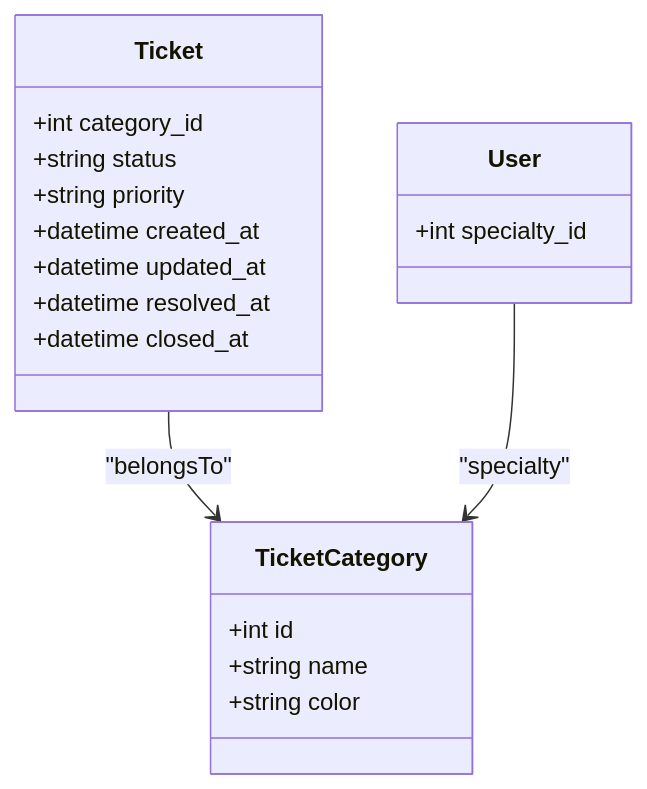
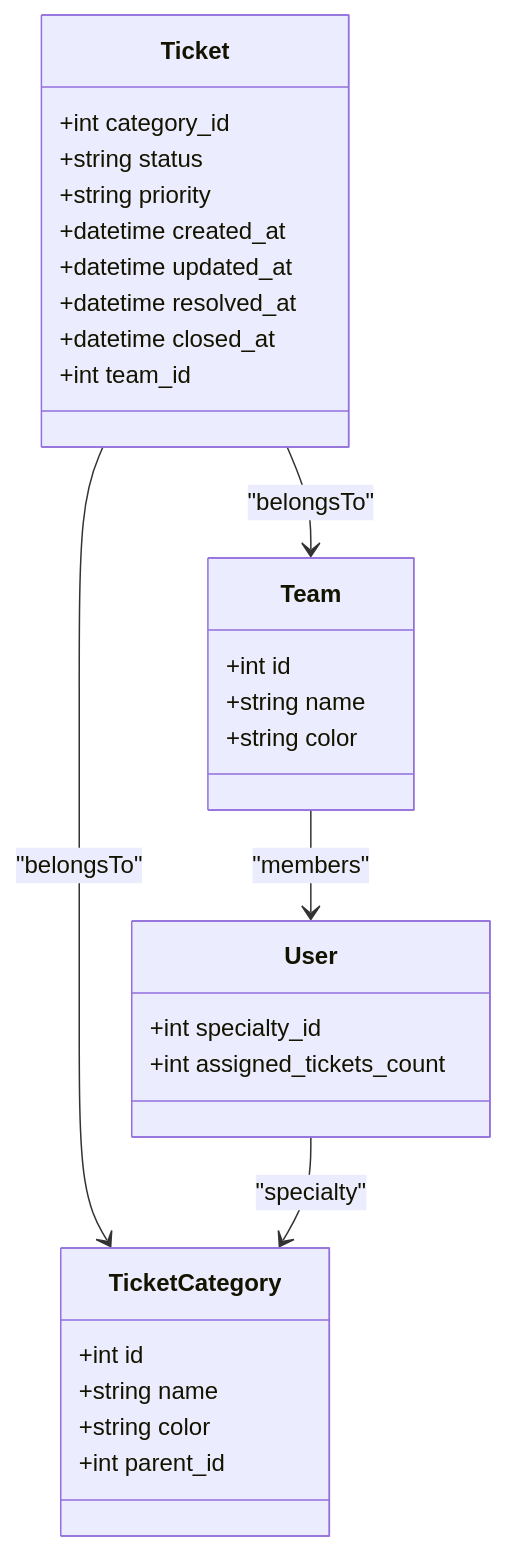
One commit to younesgamer68/helpdesk-system changed the fourth of 10 diagrams in .qoder/repowiki/en/content/Ticket Management System/Ticket Management System.md. Above: the diagram before and after it, drawn with Mermaid. The commit also changed other lines of this file and 12 other files, not shown here.

````diff
--- a/.qoder/repowiki/en/content/Ticket Management System/Ticket Management System.md
+++ b/.qoder/repowiki/en/content/Ticket Management System/Ticket Management System.md
@@ -191,22 +227,32 @@
 ```mermaid
 classDiagram
 class Ticket {
 +int category_id
 +string status
 +string priority
 +datetime created_at
 +datetime updated_at
 +datetime resolved_at
 +datetime closed_at
++int team_id
 }
 class TicketCategory {
++int id
++string name
++string color
++int parent_id
+}
+class Team {
 +int id
 +string name
 +string color
 }
 class User {
 +int specialty_id
++int assigned_tickets_count
 }
 Ticket --> TicketCategory : "belongsTo"
+Ticket --> Team : "belongsTo"
 User --> TicketCategory : "specialty"
+Team --> User : "members"
 ```
````
